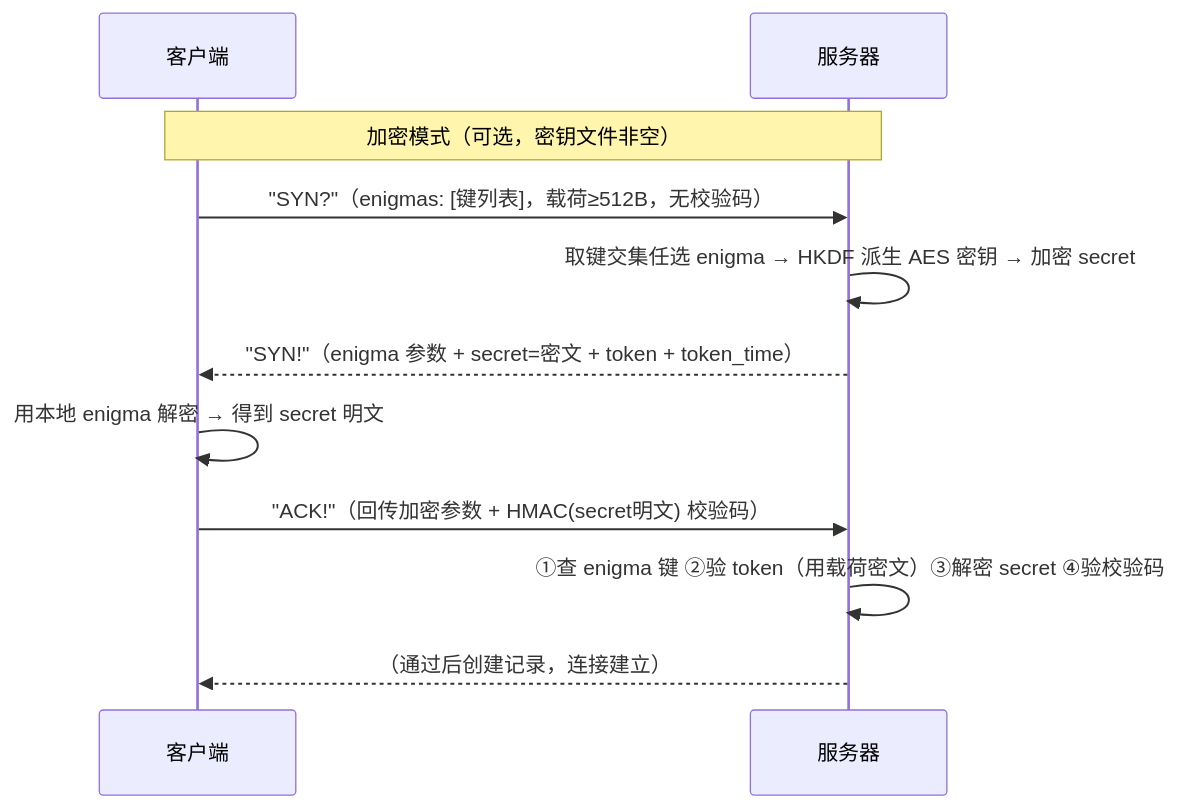
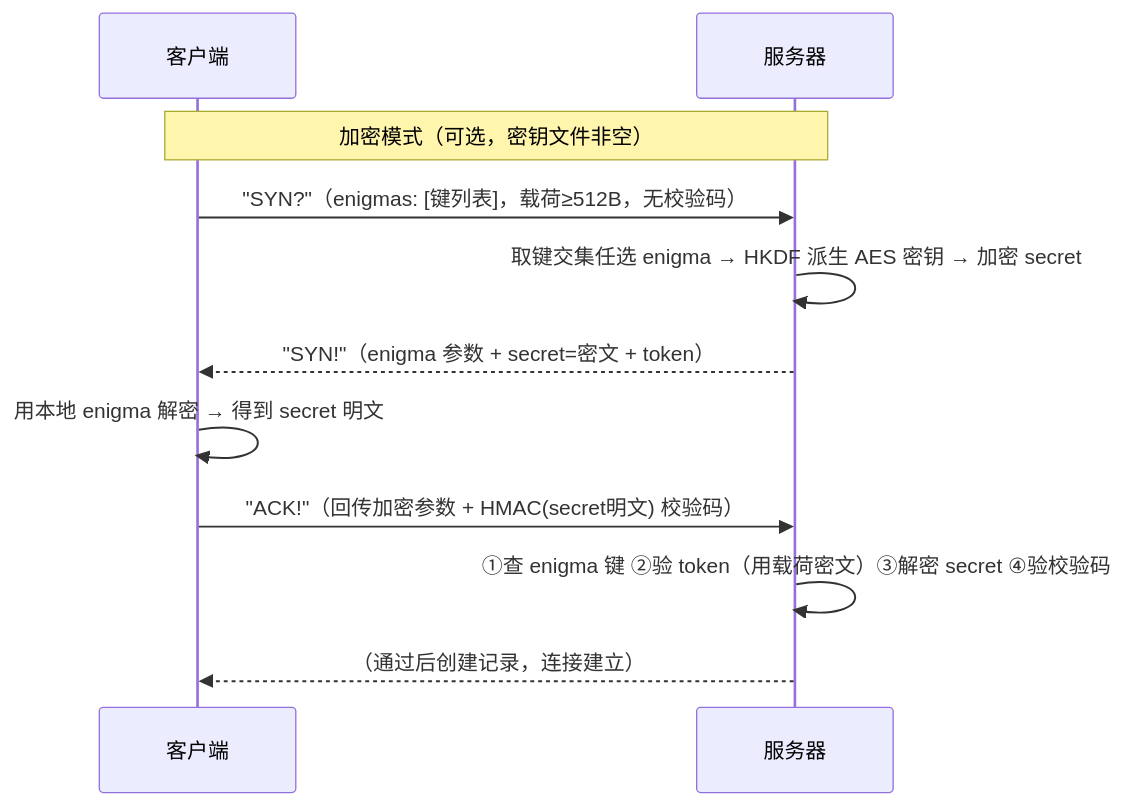
Before and after one commit to moky/magpie: the second of 11 diagrams in docs/workflow.md, drawn with Mermaid. The commit also changed other lines of this file and 22 other files, not shown here.

````diff
--- a/docs/workflow.md
+++ b/docs/workflow.md
@@ -47,14 +47,14 @@
 ```mermaid
 sequenceDiagram
     participant C as 客户端
     participant S as 服务器
 
     Note over C,S: 加密模式（可选，密钥文件非空）
     C->>S: "SYN?"（enigmas: [键列表]，载荷≥512B，无校验码）
     S->>S: 取键交集任选 enigma → HKDF 派生 AES 密钥 → 加密 secret
-    S-->>C: "SYN!"（enigma 参数 + secret=密文 + token + token_time）
+    S-->>C: "SYN!"（enigma 参数 + secret=密文 + token）
     C->>C: 用本地 enigma 解密 → 得到 secret 明文
     C->>S: "ACK!"（回传加密参数 + HMAC(secret明文) 校验码）
     S->>S: ①查 enigma 键 ②验 token（用载荷密文）③解密 secret ④验校验码
     S-->>C: （通过后创建记录，连接建立）
 ```
````
